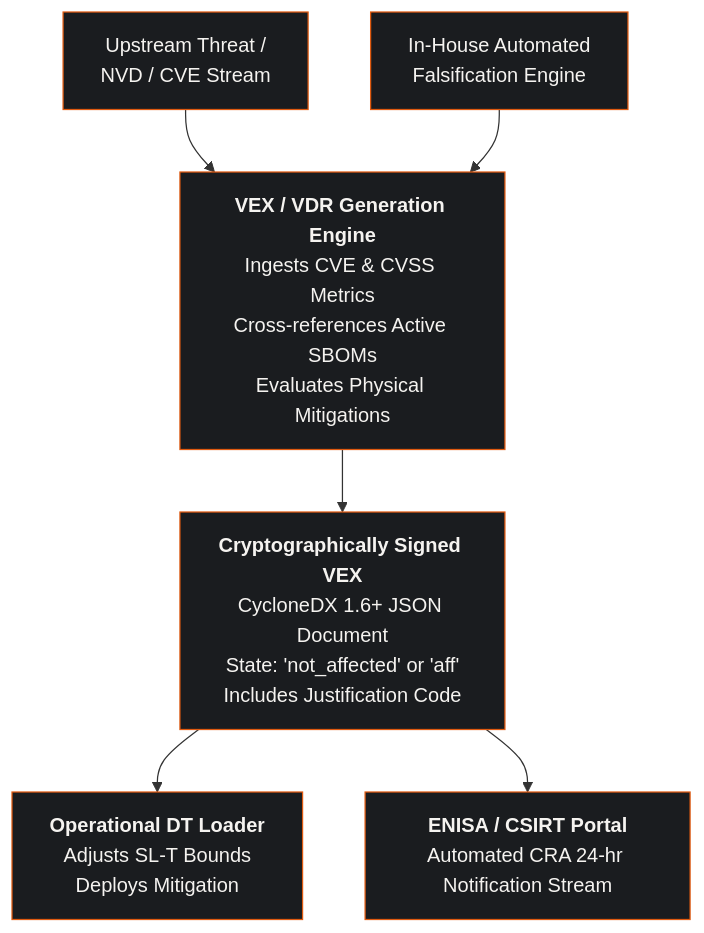
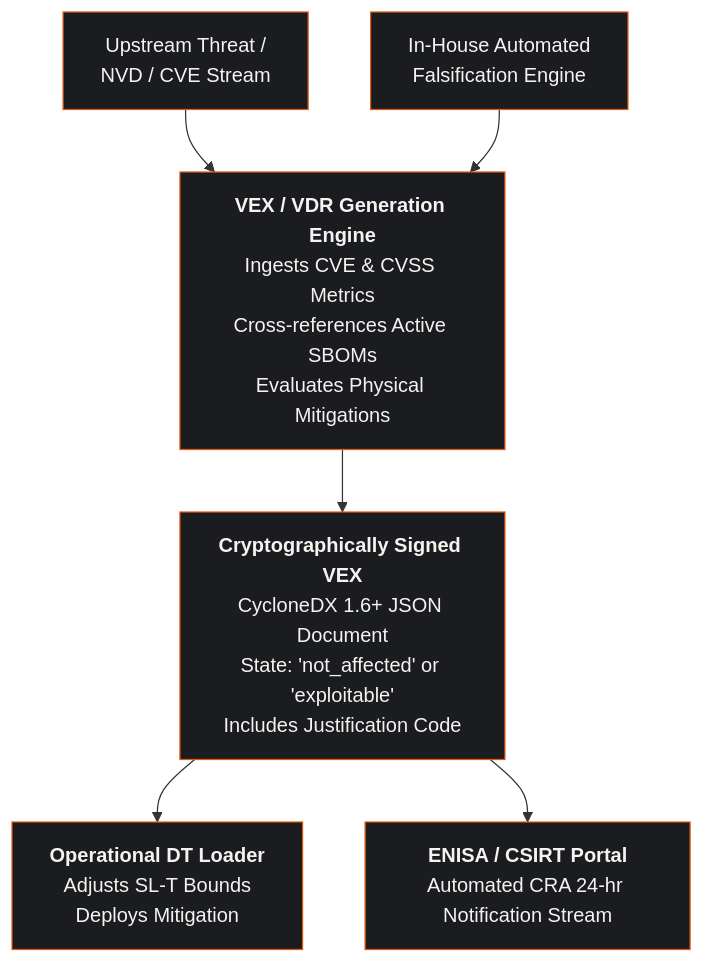
Before and after one commit to Planet9V/eigenia: the third of 3 diagrams in references/WG-05-CAD-DEXPI-2/WG-05-CAD-Supply-Chain-EU-CRA.md, drawn with Mermaid. The commit also changed other lines of this file and 2 other files, not shown here.

````diff
--- a/references/WG-05-CAD-DEXPI-2/WG-05-CAD-Supply-Chain-EU-CRA.md
+++ b/references/WG-05-CAD-DEXPI-2/WG-05-CAD-Supply-Chain-EU-CRA.md
@@ -253,28 +253,28 @@
 ```mermaid
 flowchart TD
     accTitle: The automated machine-to-machine VEX generation loop
     accDescr {
       Two inputs feed the VEX and VDR generation engine: the upstream threat,
       NVD and CVE stream, and the in-house automated falsification engine. The
       engine ingests CVE and CVSS metrics, cross-references active SBOMs and
       evaluates physical mitigations, producing a cryptographically signed VEX
       document in CycloneDX 1.6+ JSON carrying a state and a justification
       code. That document fans out to two consumers: the operational digital
       twin loader, which adjusts security level bounds and deploys
       mitigations, and the ENISA and CSIRT portal, which drives the automated
       24-hour notification stream required by the Cyber Resilience Act.
     }
     UP["Upstream Threat /<br/>NVD / CVE Stream"]
     FAL["In-House Automated<br/>Falsification Engine"]
     ENG["<b>VEX / VDR Generation Engine</b><br/>Ingests CVE &amp; CVSS Metrics<br/>Cross-references Active SBOMs<br/>Evaluates Physical Mitigations"]
-    SIG["<b>Cryptographically Signed VEX</b><br/>CycloneDX 1.6+ JSON Document<br/>State: 'not_affected' or 'aff'<br/>Includes Justification Code"]
+    SIG["<b>Cryptographically Signed VEX</b><br/>CycloneDX 1.6+ JSON Document<br/>State: 'not_affected' or 'exploitable'<br/>Includes Justification Code"]
     DT["<b>Operational DT Loader</b><br/>Adjusts SL-T Bounds<br/>Deploys Mitigation"]
     EN["<b>ENISA / CSIRT Portal</b><br/>Automated CRA 24-hr Notification Stream"]
     UP --> ENG
     FAL --> ENG
     ENG --> SIG
     SIG --> DT
     SIG --> EN
     classDef n fill:#1a1c1f,stroke:#E05A10,stroke-width:1px,color:#f5f3f0;
     class UP,FAL,ENG,SIG,DT,EN n;
 ```
````
